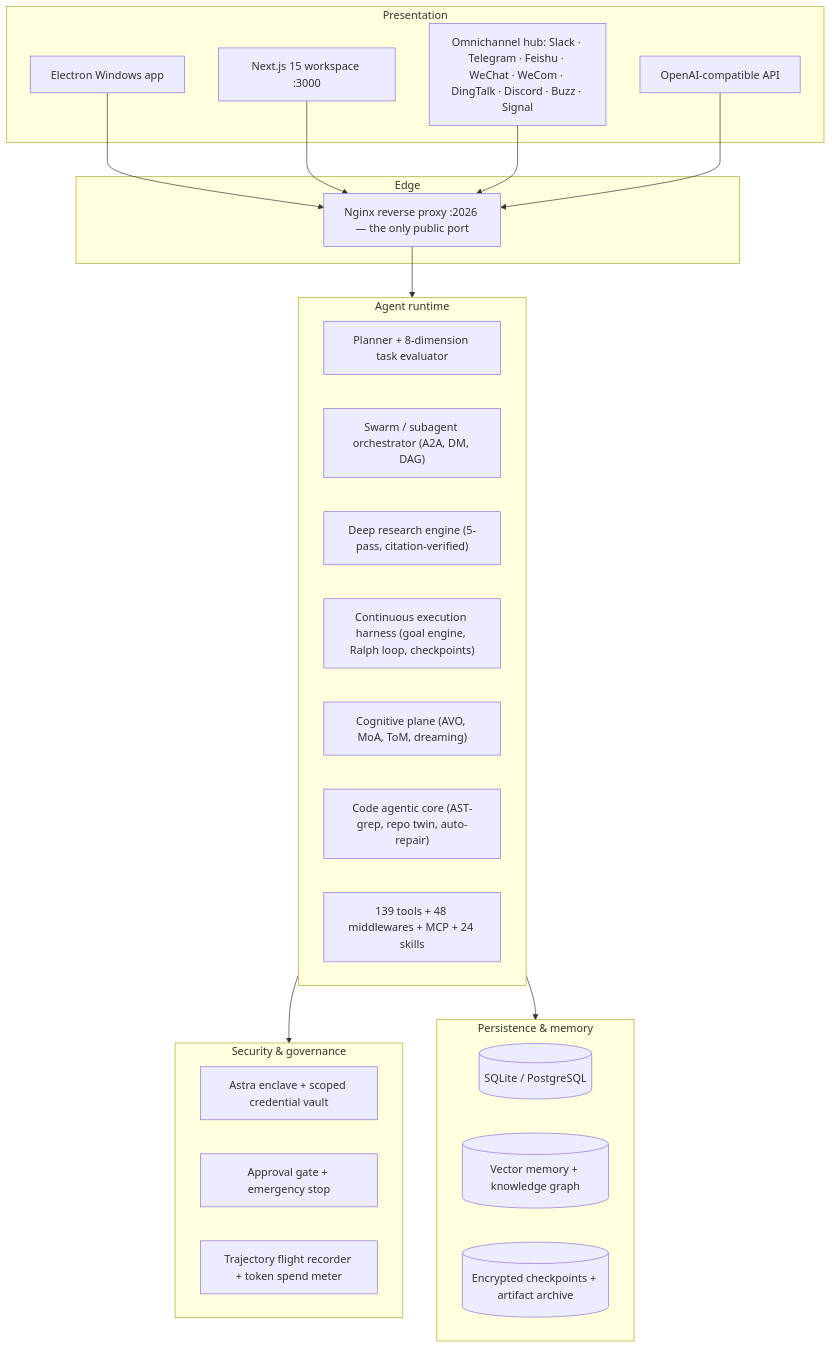
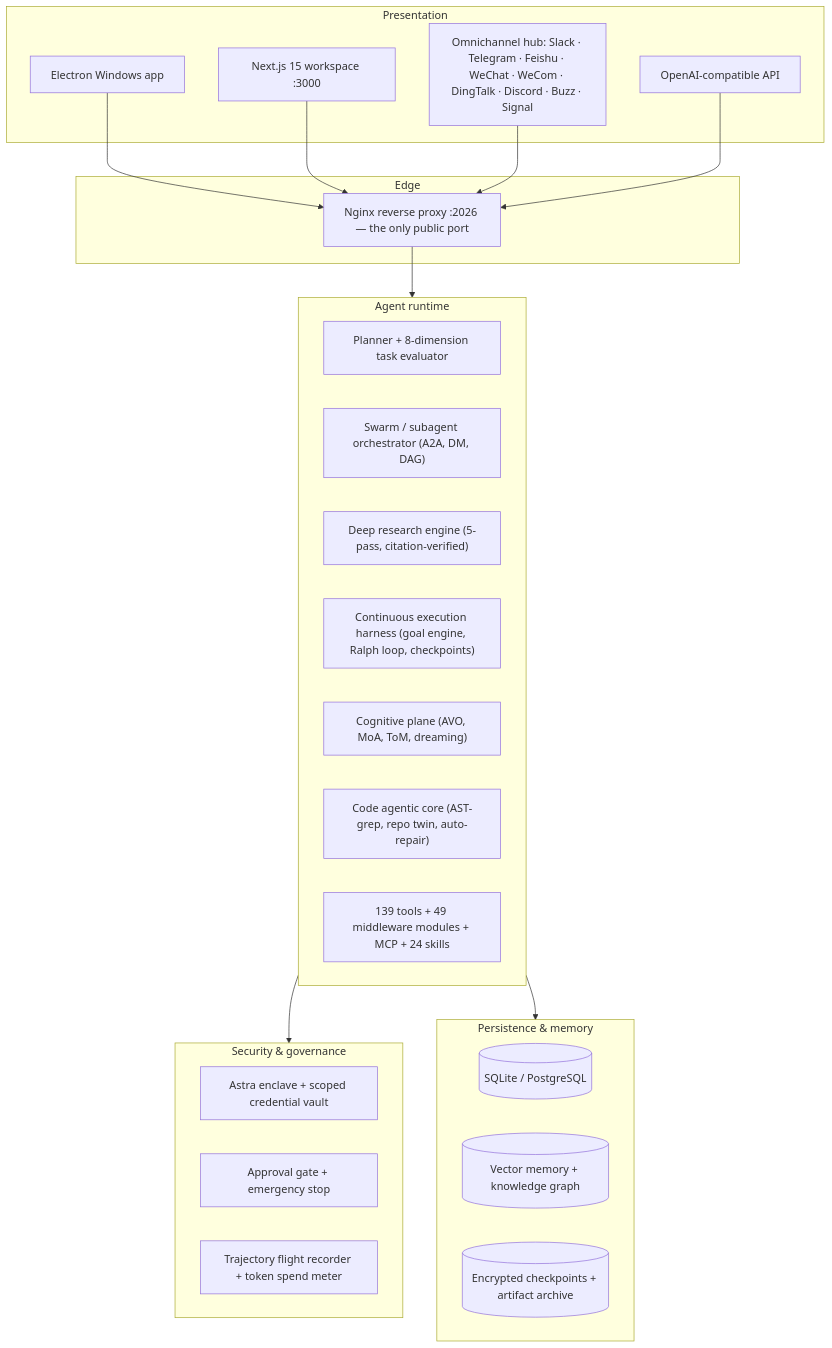
Before and after one commit to itsPremkumar/alpha: the diagram in README.md, drawn with Mermaid. The commit also changed other lines of this file and 9 other files, not shown here.

````diff
--- a/README.md
+++ b/README.md
@@ -138,43 +138,43 @@
 ```mermaid
 flowchart TB
     subgraph Presentation ["Presentation"]
         Electron["Electron Windows app"]
         Web["Next.js 15 workspace :3000"]
         IM["Omnichannel hub: Slack · Telegram · Feishu · WeChat · WeCom · DingTalk · Discord · Buzz · Signal"]
         OpenAICompat["OpenAI-compatible API"]
     end
 
     subgraph Edge ["Edge"]
         Nginx["Nginx reverse proxy :2026 — the only public port"]
     end
 
     subgraph Runtime ["Agent runtime"]
         Planner["Planner + 8-dimension task evaluator"]
         Orchestrator["Swarm / subagent orchestrator (A2A, DM, DAG)"]
         Research["Deep research engine (5-pass, citation-verified)"]
         Harness["Continuous execution harness (goal engine, Ralph loop, checkpoints)"]
         Cognition["Cognitive plane (AVO, MoA, ToM, dreaming)"]
         CodeCore["Code agentic core (AST-grep, repo twin, auto-repair)"]
-        Tools["139 tools + 48 middlewares + MCP + 24 skills"]
+        Tools["139 tools + 49 middleware modules + MCP + 24 skills"]
     end
 
     subgraph Security ["Security & governance"]
         Astra["Astra enclave + scoped credential vault"]
         Approval["Approval gate + emergency stop"]
         Audit["Trajectory flight recorder + token spend meter"]
     end
 
     subgraph Storage ["Persistence & memory"]
         DB[("SQLite / PostgreSQL")]
         Mem[("Vector memory + knowledge graph")]
         CKPT[("Encrypted checkpoints + artifact archive")]
     end
 
     Electron --> Nginx
     Web --> Nginx
     IM --> Nginx
     OpenAICompat --> Nginx
     Nginx --> Runtime
     Runtime --> Security
     Runtime --> Storage
 ```
````
